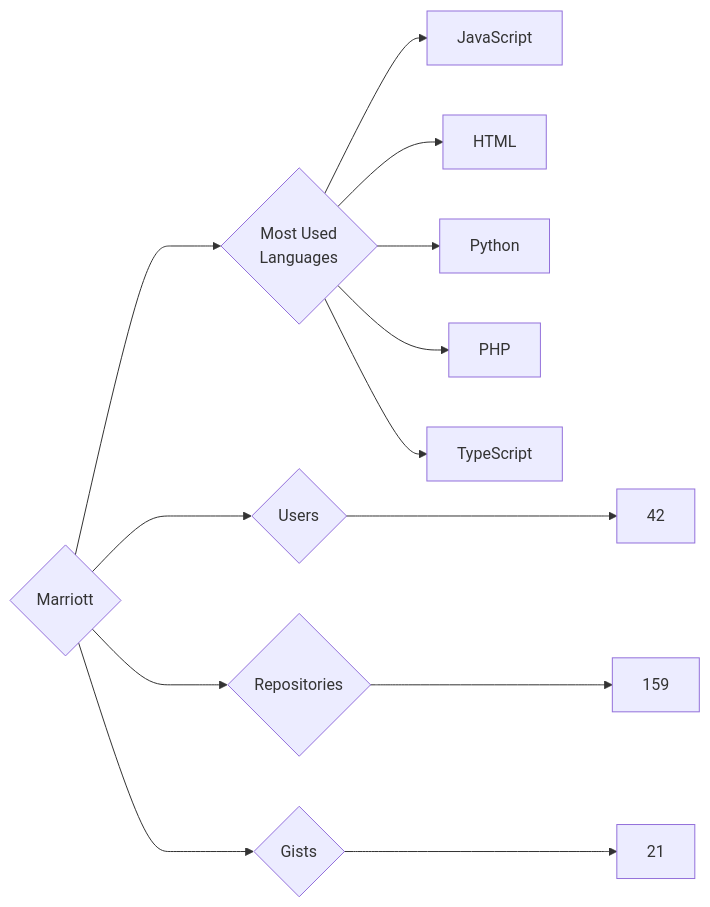
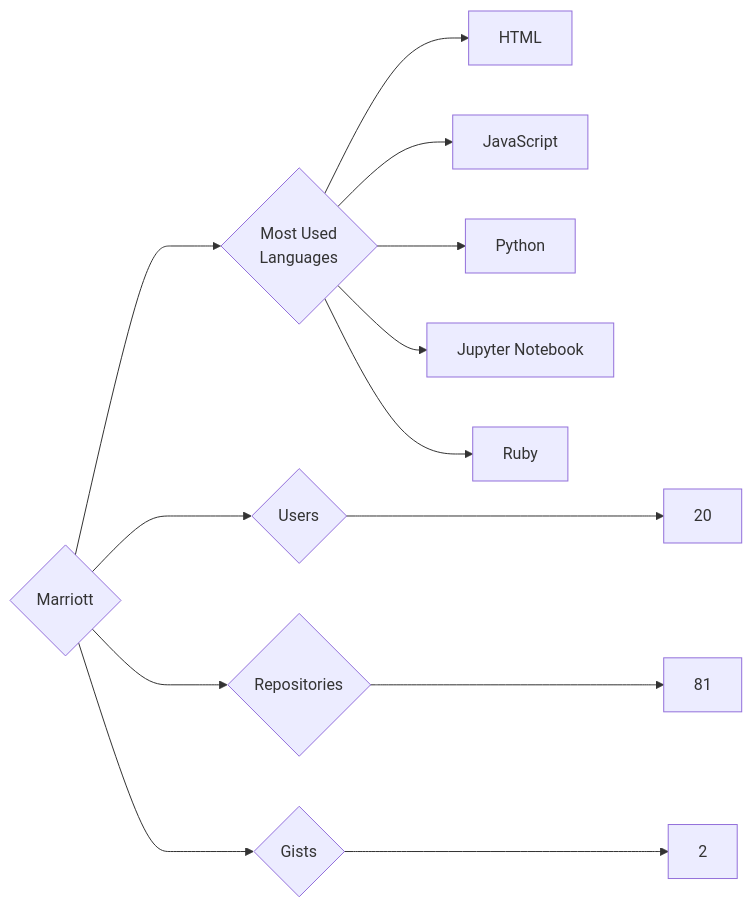
Before and after one commit to trickest/insiders: the diagram in targets/Marriott/README.md, drawn with Mermaid. The commit also changed 955 other files, not shown here.

````diff
--- a/targets/Marriott/README.md
+++ b/targets/Marriott/README.md
@@ -3,13 +3,13 @@
 ```mermaid
 graph LR
 COMPANY_NAME{Marriott}
-COMPANY_NAME ---> U{Users} ---> UN[42]
-COMPANY_NAME ---> R{Repositories} ---> RN[159]
-COMPANY_NAME ---> G{Gists} ---> GN[21]
+COMPANY_NAME ---> U{Users} ---> UN[20]
+COMPANY_NAME ---> R{Repositories} ---> RN[81]
+COMPANY_NAME ---> G{Gists} ---> GN[2]
 COMPANY_NAME ---> ML{Most Used<br>Languages}
+ML --> HTML[HTML]
 ML --> JavaScript[JavaScript]
-ML --> HTML[HTML]
 ML --> Python[Python]
-ML --> PHP[PHP]
-ML --> TypeScript[TypeScript]
+ML --> Jupyter_Notebook[Jupyter Notebook]
+ML --> Ruby[Ruby]
 ```
````
